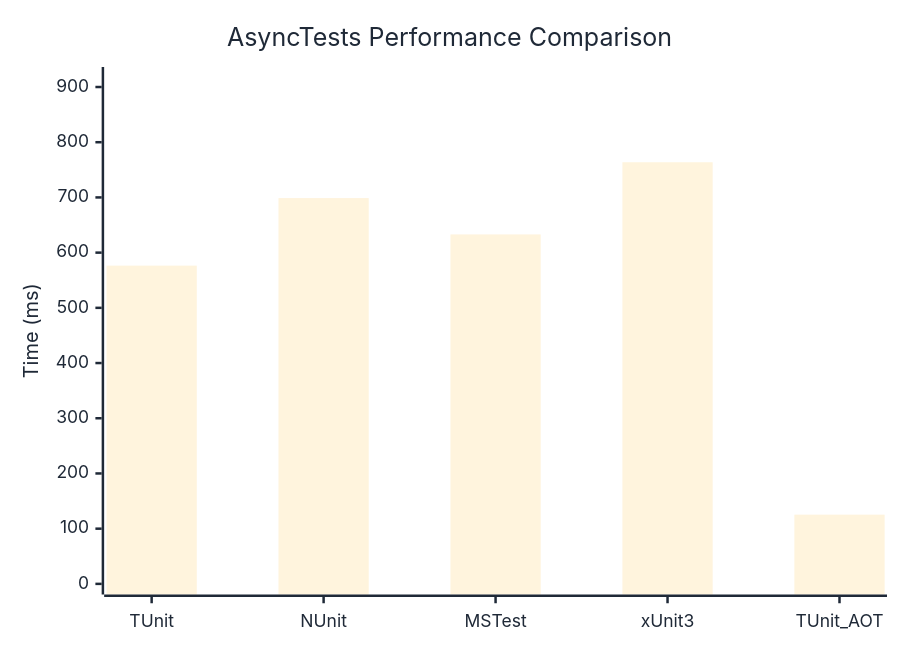
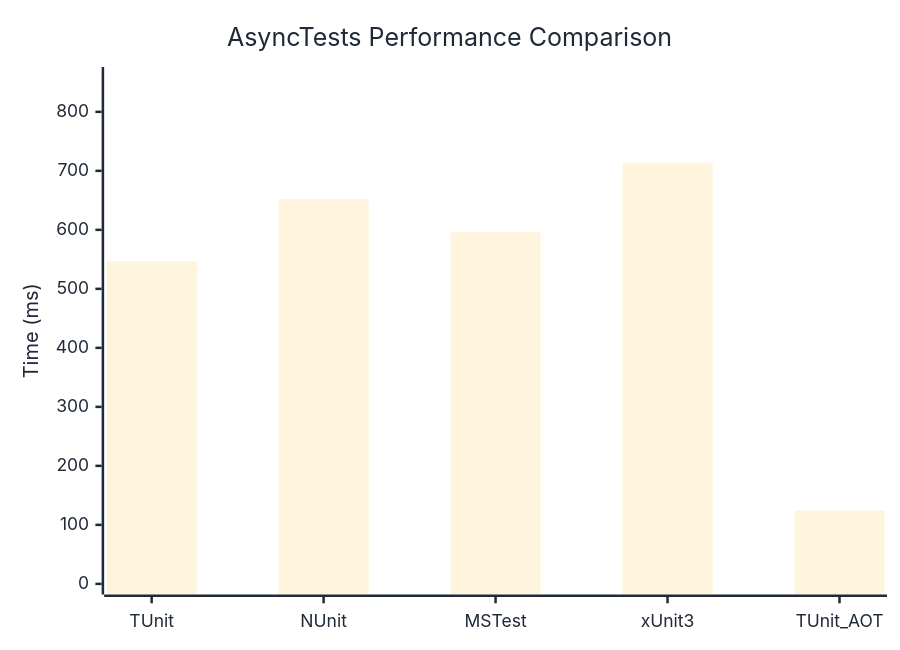
Before and after one commit to thomhurst/TUnit: the diagram in docs/docs/benchmarks/AsyncTests.md, drawn with Mermaid. The commit also changed other lines of this file and 17 other files, not shown here.

````diff
--- a/docs/docs/benchmarks/AsyncTests.md
+++ b/docs/docs/benchmarks/AsyncTests.md
@@ -27,37 +27,37 @@
 ```mermaid
 %%{init: {
   'theme':'base',
   'themeVariables': {
     'primaryColor': '#2563eb',
     'primaryTextColor': '#1f2937',
     'primaryBorderColor': '#1e40af',
     'lineColor': '#6b7280',
     'secondaryColor': '#7c3aed',
     'tertiaryColor': '#dc2626',
     'background': '#ffffff',
     'mainBkg': '#2563eb',
     'secondBkg': '#7c3aed',
     'tertiaryBkg': '#dc2626',
     'clusterBkg': '#f3f4f6',
     'edgeLabelBackground': '#ffffff',
     'tertiaryTextColor': '#1f2937',
     'pie1': '#2563eb',
     'pie2': '#7c3aed',
     'pie3': '#dc2626',
     'pie4': '#f59e0b',
     'pie5': '#10b981',
     'pie6': '#06b6d4',
     'pie7': '#ec4899',
     'pie8': '#6366f1',
     'pie9': '#84cc16',
     'pie10': '#f97316',
     'pie11': '#14b8a6',
     'pie12': '#a855f7'
   }
 }}%%
 xychart-beta
   title "AsyncTests Performance Comparison"
   x-axis ["TUnit", "NUnit", "MSTest", "xUnit3", "TUnit_AOT"]
-  y-axis "Time (ms)" 0 --> 917
-  bar [576.5, 698.8, 633, 763.7, 125.4]
+  y-axis "Time (ms)" 0 --> 858
+  bar [546.9, 651.9, 596.3, 714.2, 124.4]
 ```
````
